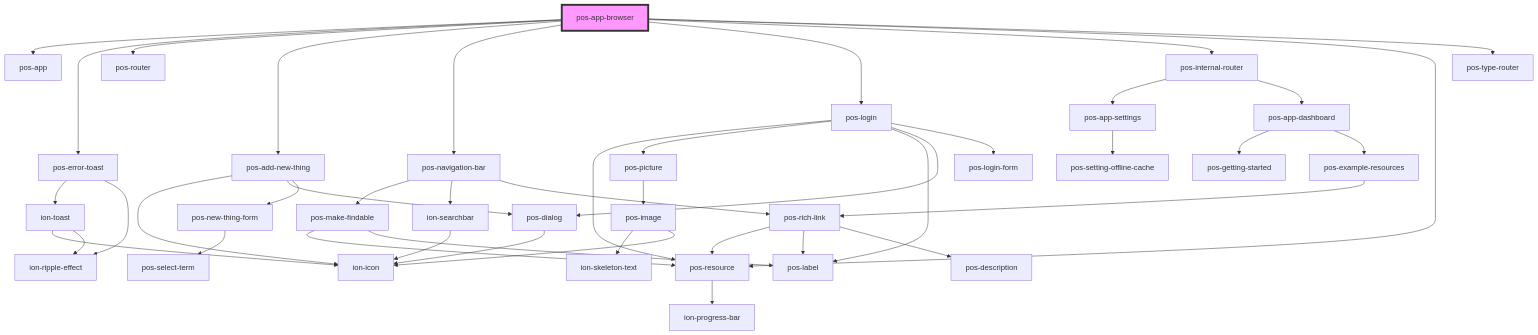
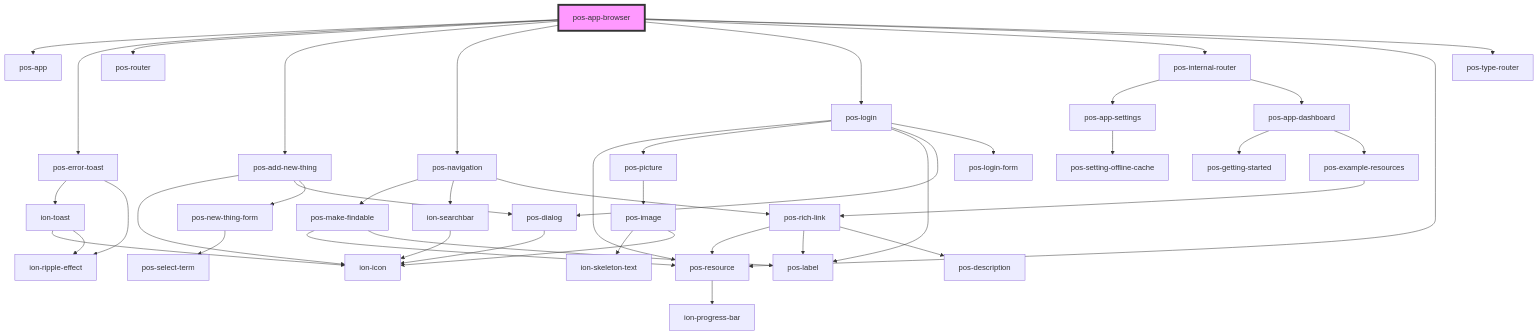
One commit to pod-os/PodOS changed the diagram in docs/elements/apps/pos-app-browser/readme.md. Above: the diagram before and after it, drawn with Mermaid. The commit also changed other lines of this file and 12 other files, not shown here.

Commit message:
BREAKING CHANGE: rename pos-navigation-bar to pos-navigation

````diff
--- a/docs/elements/apps/pos-app-browser/readme.md
+++ b/docs/elements/apps/pos-app-browser/readme.md
@@ -31,46 +31,46 @@
 ```mermaid
 graph TD;
   pos-app-browser --> pos-app
   pos-app-browser --> pos-error-toast
   pos-app-browser --> pos-router
   pos-app-browser --> pos-add-new-thing
-  pos-app-browser --> pos-navigation-bar
+  pos-app-browser --> pos-navigation
   pos-app-browser --> pos-login
   pos-app-browser --> pos-internal-router
   pos-app-browser --> pos-resource
   pos-app-browser --> pos-type-router
   pos-error-toast --> ion-toast
   pos-error-toast --> ion-ripple-effect
   ion-toast --> ion-icon
   ion-toast --> ion-ripple-effect
   pos-add-new-thing --> ion-icon
   pos-add-new-thing --> pos-dialog
   pos-add-new-thing --> pos-new-thing-form
   pos-dialog --> ion-icon
   pos-new-thing-form --> pos-select-term
-  pos-navigation-bar --> pos-make-findable
-  pos-navigation-bar --> ion-searchbar
-  pos-navigation-bar --> pos-rich-link
+  pos-navigation --> pos-make-findable
+  pos-navigation --> ion-searchbar
+  pos-navigation --> pos-rich-link
   pos-make-findable --> pos-resource
   pos-make-findable --> pos-label
   pos-resource --> ion-progress-bar
   ion-searchbar --> ion-icon
   pos-rich-link --> pos-resource
   pos-rich-link --> pos-label
   pos-rich-link --> pos-description
   pos-login --> pos-resource
   pos-login --> pos-picture
   pos-login --> pos-label
   pos-login --> pos-dialog
   pos-login --> pos-login-form
   pos-picture --> pos-image
   pos-image --> ion-skeleton-text
   pos-image --> ion-icon
   pos-internal-router --> pos-app-settings
   pos-internal-router --> pos-app-dashboard
   pos-app-settings --> pos-setting-offline-cache
   pos-app-dashboard --> pos-getting-started
   pos-app-dashboard --> pos-example-resources
   pos-example-resources --> pos-rich-link
   style pos-app-browser fill:#f9f,stroke:#333,stroke-width:4px
 ```
````
